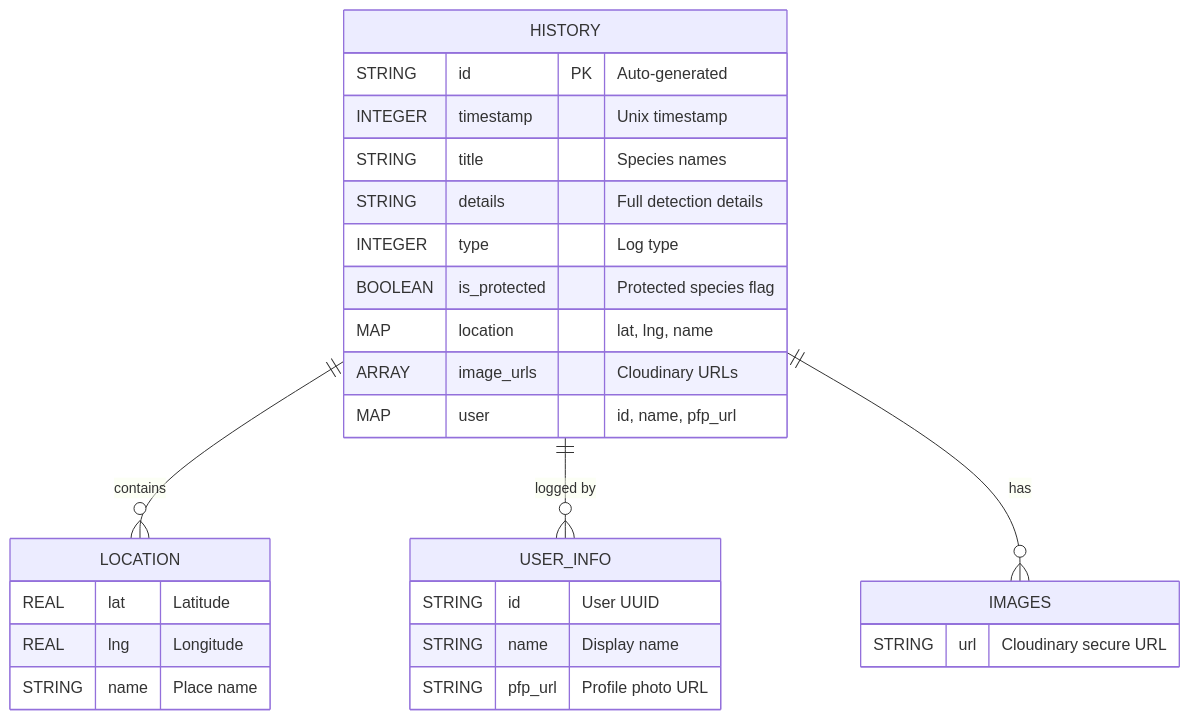
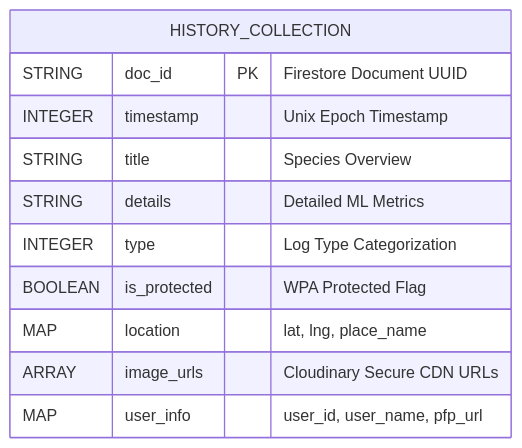
One commit to Rahul9969/AquaVision changed the eighth of 9 diagrams in README.md. Above: the diagram before and after it, drawn with Mermaid. The commit also changed other lines of this file and 44 other files, not shown here.

````diff
--- a/README.md
+++ b/README.md
@@ -264,34 +332,14 @@
 ```mermaid
 erDiagram
-    HISTORY {
-        STRING id PK "Auto-generated"
-        INTEGER timestamp "Unix timestamp"
-        STRING title "Species names"
-        STRING details "Full detection details"
-        INTEGER type "Log type"
-        BOOLEAN is_protected "Protected species flag"
-        MAP location "lat, lng, name"
-        ARRAY image_urls "Cloudinary URLs"
-        MAP user "id, name, pfp_url"
-    }
-
-    HISTORY ||--o{ LOCATION : contains
-    HISTORY ||--o{ USER_INFO : "logged by"
-    HISTORY ||--o{ IMAGES : has
-
-    LOCATION {
-        REAL lat "Latitude"
-        REAL lng "Longitude"
-        STRING name "Place name"
-    }
-
-    USER_INFO {
-        STRING id "User UUID"
-        STRING name "Display name"
-        STRING pfp_url "Profile photo URL"
-    }
-
-    IMAGES {
-        STRING url "Cloudinary secure URL"
+    HISTORY_COLLECTION {
+        STRING doc_id PK "Firestore Document UUID"
+        INTEGER timestamp "Unix Epoch Timestamp"
+        STRING title "Species Overview"
+        STRING details "Detailed ML Metrics"
+        INTEGER type "Log Type Categorization"
+        BOOLEAN is_protected "WPA Protected Flag"
+        MAP location "lat, lng, place_name"
+        ARRAY image_urls "Cloudinary Secure CDN URLs"
+        MAP user_info "user_id, user_name, pfp_url"
     }
 ```
````
